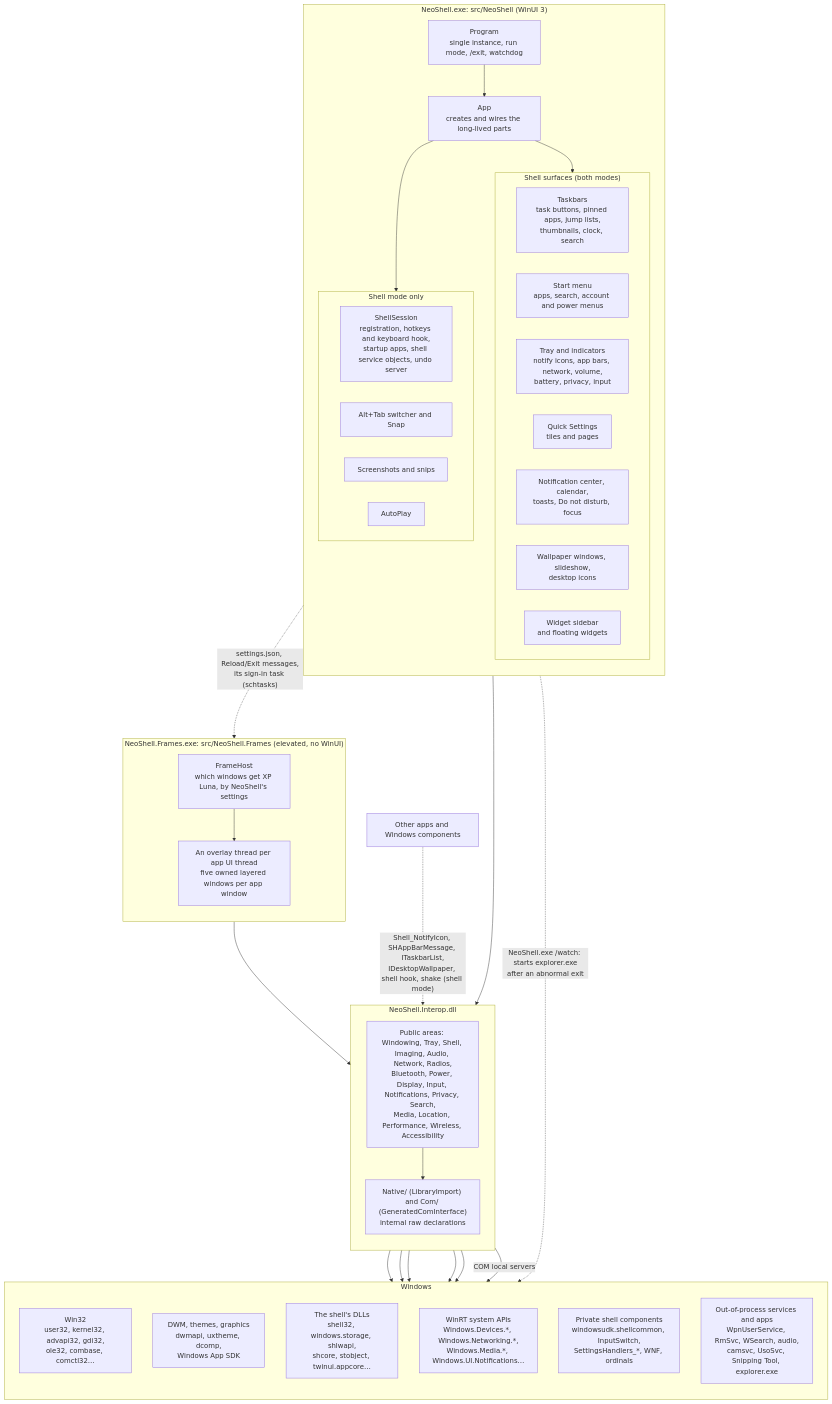
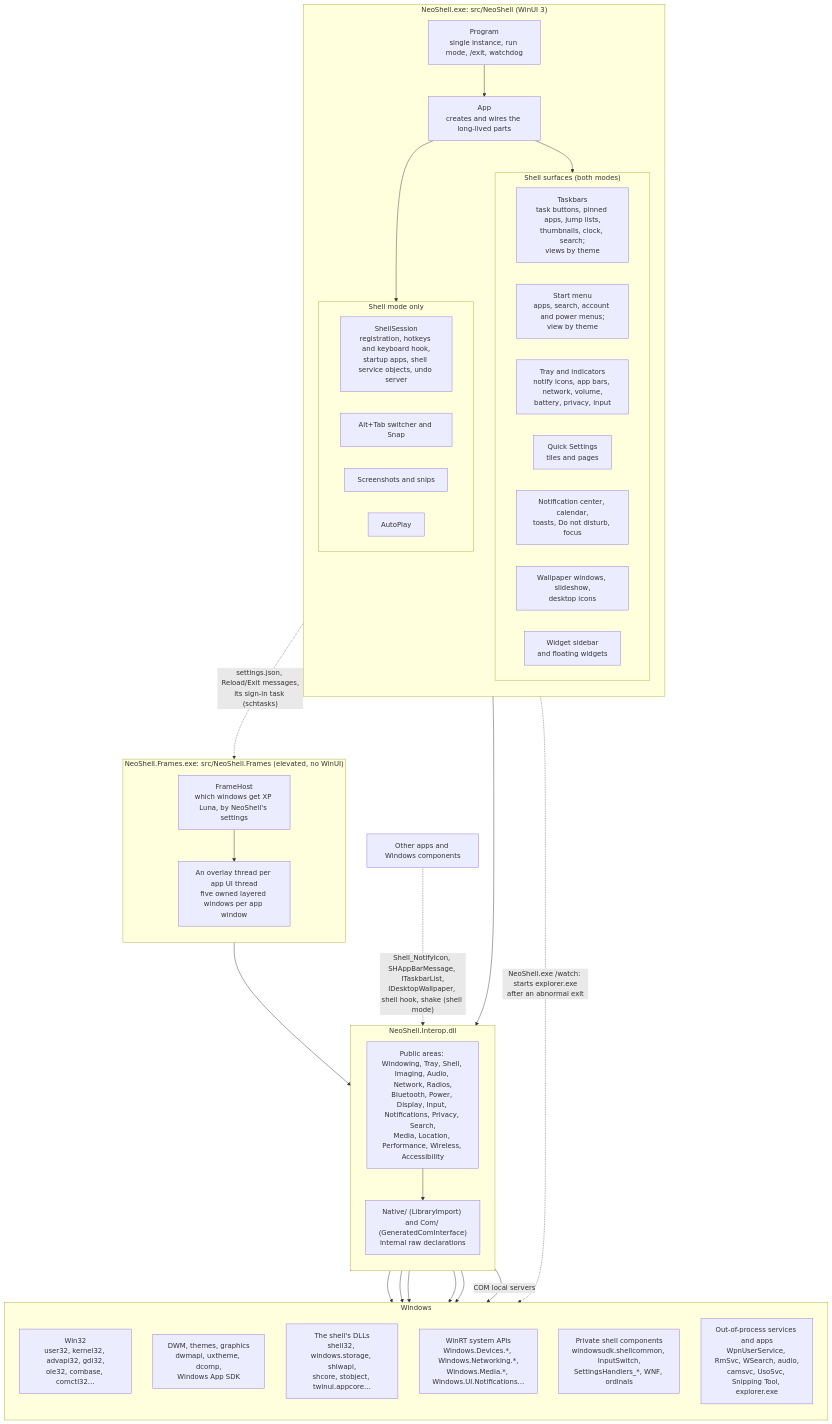
The first of 2 diagrams in docs/architecture.md (martinmine/NeoShell), drawn with Mermaid before and after one commit. The commit also changed other lines of this file and 25 other files, not shown here.

````diff
--- a/docs/architecture.md
+++ b/docs/architecture.md
@@ -36,64 +36,64 @@
 ```mermaid
 flowchart TB
     subgraph NEOAPP["NeoShell.exe: src/NeoShell (WinUI 3)"]
         direction TB
         Program["Program<br/>single instance, run mode, /exit, watchdog"]
         App["App<br/>creates and wires the long-lived parts"]
         subgraph SURFACES["Shell surfaces (both modes)"]
-            Taskbars["Taskbars<br/>task buttons, pinned apps, jump lists,<br/>thumbnails, clock, search"]
-            Start["Start menu<br/>apps, search, account and power menus"]
+            Taskbars["Taskbars<br/>task buttons, pinned apps, jump lists,<br/>thumbnails, clock, search;<br/>views by theme"]
+            Start["Start menu<br/>apps, search, account and power menus;<br/>view by theme"]
             TrayUI["Tray and indicators<br/>notify icons, app bars, network, volume,<br/>battery, privacy, input"]
             QS["Quick Settings<br/>tiles and pages"]
             Notif["Notification center, calendar,<br/>toasts, Do not disturb, focus"]
             Desktop["Wallpaper windows, slideshow,<br/>desktop icons"]
             Widgets["Widget sidebar<br/>and floating widgets"]
         end
         subgraph SHELLONLY["Shell mode only"]
             Session["ShellSession<br/>registration, hotkeys and keyboard hook,<br/>startup apps, shell service objects, undo server"]
             Snap["Alt+Tab switcher and Snap"]
             Capture["Screenshots and snips"]
             AutoPlay["AutoPlay"]
         end
         Program --> App
         App --> SURFACES
         App --> SHELLONLY
     end
 
     subgraph FRAMESAPP["NeoShell.Frames.exe: src/NeoShell.Frames (elevated, no WinUI)"]
         direction TB
         FrameHost["FrameHost<br/>which windows get XP Luna, by NeoShell's settings"]
         AppThreads["An overlay thread per app UI thread<br/>five owned layered windows per app window"]
         FrameHost --> AppThreads
     end
 
     subgraph INTEROP["NeoShell.Interop.dll"]
         direction TB
         Raw["Native/ (LibraryImport) and Com/ (GeneratedComInterface)<br/>internal raw declarations"]
         Areas["Public areas: Windowing, Tray, Shell, Imaging, Audio, Network, Radios,<br/>Bluetooth, Power, Display, Input, Notifications, Privacy, Search,<br/>Media, Location, Performance, Wireless, Accessibility"]
         Areas --> Raw
     end
 
     subgraph WINDOWS["Windows"]
         direction TB
         Win32["Win32<br/>user32, kernel32, advapi32, gdi32,<br/>ole32, combase, comctl32…"]
         DWM["DWM, themes, graphics<br/>dwmapi, uxtheme, dcomp,<br/>Windows App SDK"]
         ShellDlls["The shell's DLLs<br/>shell32, windows.storage, shlwapi,<br/>shcore, stobject, twinui.appcore…"]
         WinRT["WinRT system APIs<br/>Windows.Devices.*, Windows.Networking.*,<br/>Windows.Media.*, Windows.UI.Notifications…"]
         Private["Private shell components<br/>windowsudk.shellcommon, InputSwitch,<br/>SettingsHandlers_*, WNF, ordinals"]
         Services["Out-of-process services and apps<br/>WpnUserService, RmSvc, WSearch, audio,<br/>camsvc, UsoSvc, Snipping Tool, explorer.exe"]
     end
 
     Others["Other apps and Windows components"]
 
     NEOAPP --> INTEROP
     NEOAPP -.->|"settings.json, Reload/Exit messages,<br/>its sign-in task (schtasks)"| FRAMESAPP
     FRAMESAPP --> INTEROP
     INTEROP --> Win32
     INTEROP --> DWM
     INTEROP --> ShellDlls
     INTEROP --> WinRT
     INTEROP --> Private
     INTEROP -->|"COM local servers"| Services
     Others -.->|"Shell_NotifyIcon, SHAppBarMessage, ITaskbarList,<br/>IDesktopWallpaper, shell hook, shake (shell mode)"| INTEROP
     Program -.->|"NeoShell.exe /watch: starts explorer.exe<br/>after an abnormal exit"| Services
 ```
````
